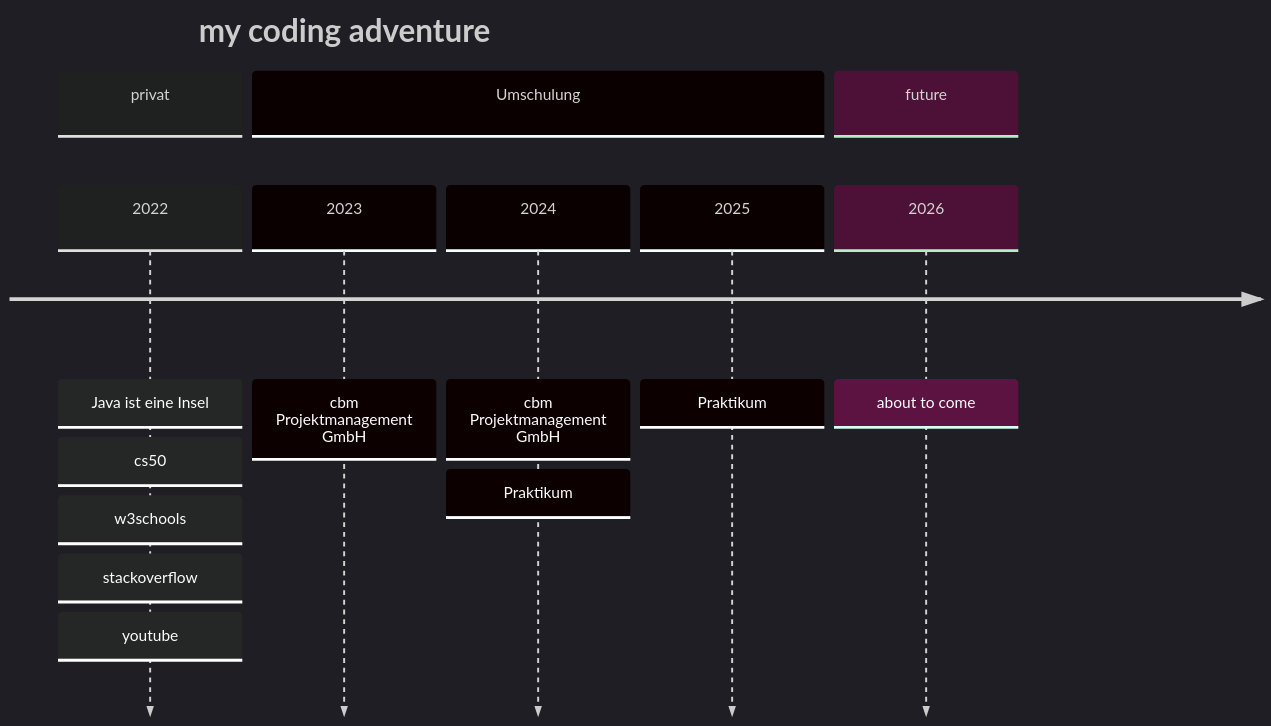
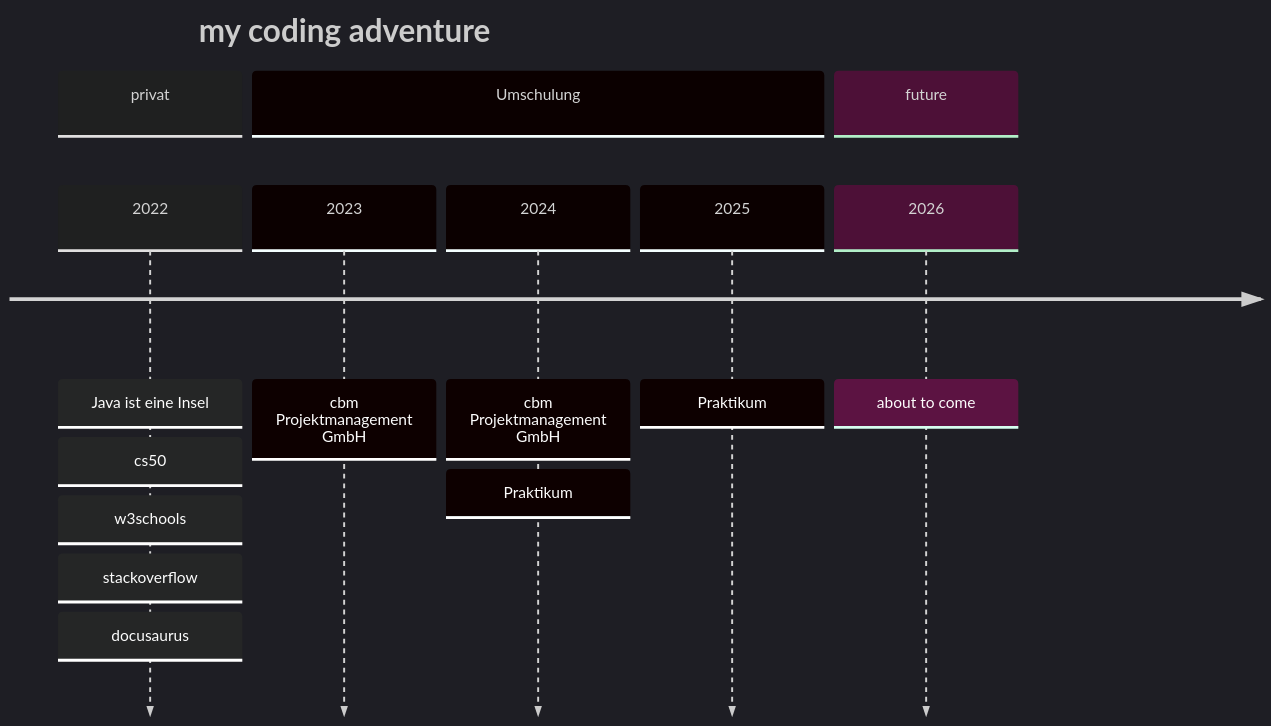
Before and after one commit to P76ers/p76ers: the second of 2 diagrams in readme.md, drawn with Mermaid. The commit also changed other lines of this file, not shown here.

````diff
--- a/readme.md
+++ b/readme.md
@@ -26,18 +30,18 @@
 ```mermaid
 %%{init: { 'logLevel': 'debug', 'theme': 'dark' } }%%
 timeline
     title my coding adventure
     section privat
     2022: Java ist eine Insel
       : cs50
       : w3schools
       : stackoverflow
-      : youtube
+      : docusaurus
     section Umschulung
       2023: cbm Projektmanagement GmbH
       2024 : cbm Projektmanagement GmbH
         : Praktikum
       2025: Praktikum
     section future
       2026: about to come
 ```
````
